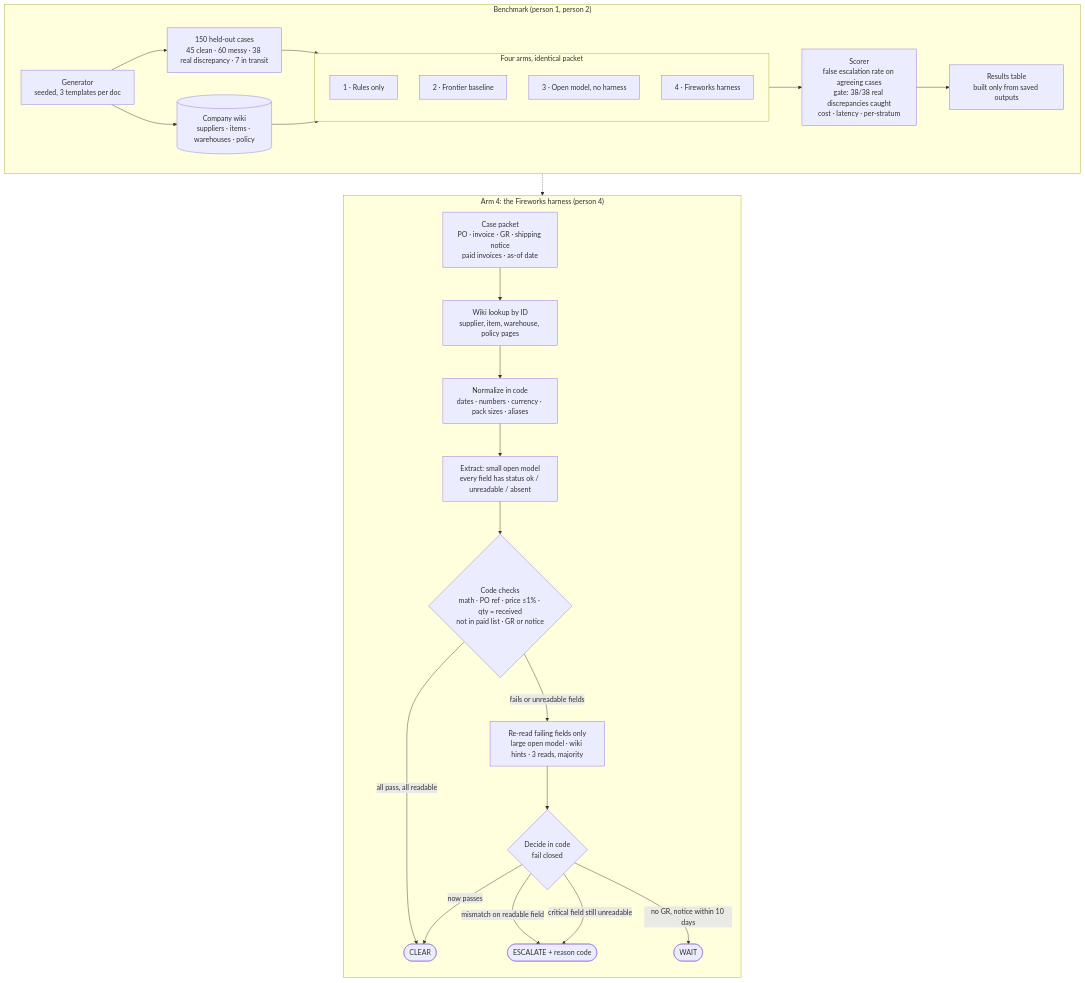
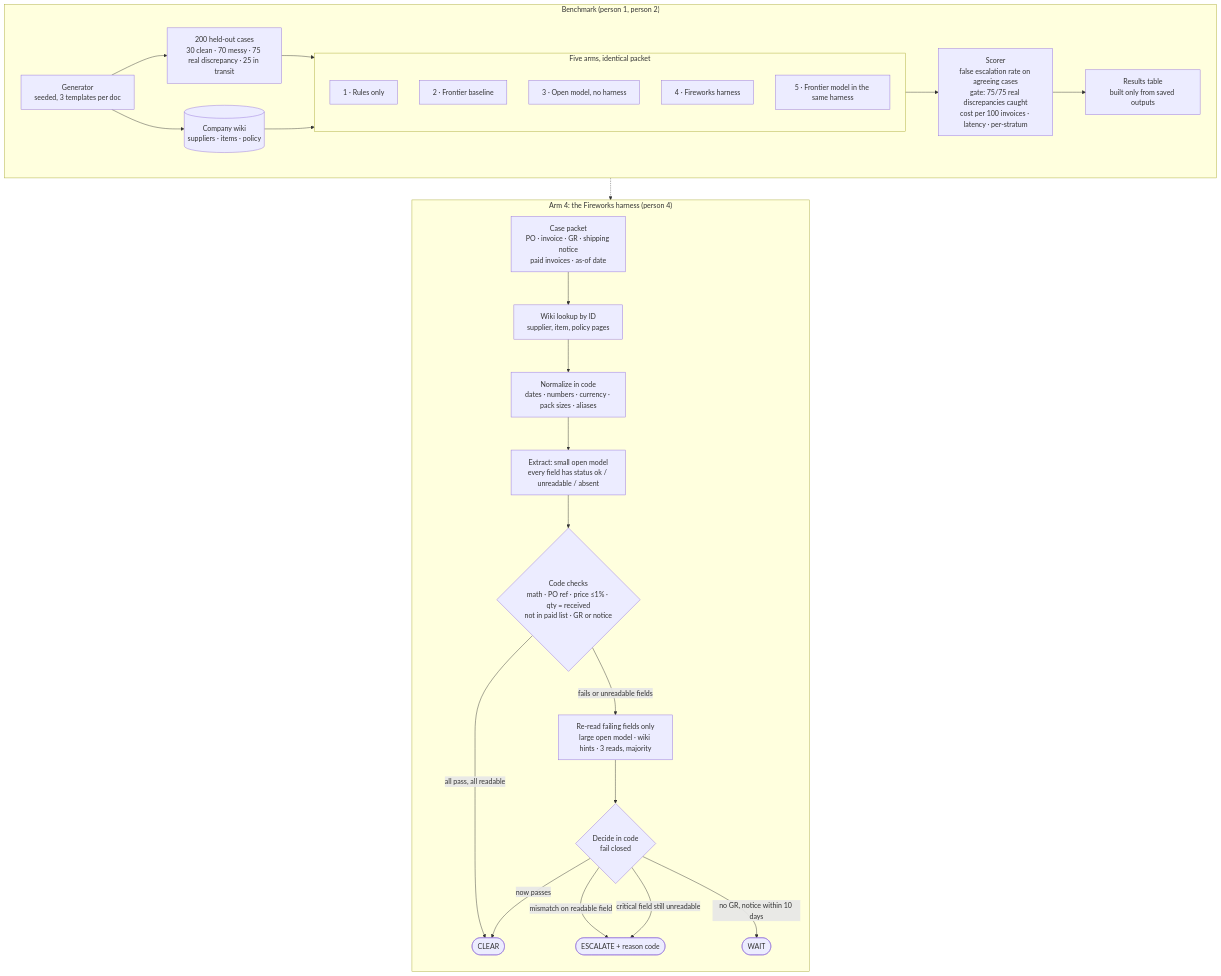
One commit to pakbaz/fireworks-ai-buildathon changed the diagram in docs/plan.md. Above: the diagram before and after it, drawn with Mermaid. The commit also changed other lines of this file and 1 other file, not shown here.

````diff
--- a/docs/plan.md
+++ b/docs/plan.md
@@ -9,36 +9,37 @@
 ```mermaid
 flowchart TB
     subgraph BENCH["Benchmark (person 1, person 2)"]
         direction LR
-        GEN["Generator<br/>seeded, 3 templates per doc"] --> CASES["150 held-out cases<br/>45 clean · 60 messy · 38 real discrepancy · 7 in transit"]
-        GEN --> WIKI[("Company wiki<br/>suppliers · items · warehouses · policy")]
+        GEN["Generator<br/>seeded, 3 templates per doc"] --> CASES["200 held-out cases<br/>30 clean · 70 messy · 75 real discrepancy · 25 in transit"]
+        GEN --> WIKI[("Company wiki<br/>suppliers · items · policy")]
         CASES --> ARMS
         WIKI --> ARMS
-        subgraph ARMS["Four arms, identical packet"]
+        subgraph ARMS["Five arms, identical packet"]
             direction TB
             A1["1 · Rules only"]
             A2["2 · Frontier baseline"]
             A3["3 · Open model, no harness"]
             A4["4 · Fireworks harness"]
+            A5["5 · Frontier model in the same harness"]
         end
-        ARMS --> SCORE["Scorer<br/>false escalation rate on agreeing cases<br/>gate: 38/38 real discrepancies caught<br/>cost · latency · per-stratum"]
+        ARMS --> SCORE["Scorer<br/>false escalation rate on agreeing cases<br/>gate: 75/75 real discrepancies caught<br/>cost per 100 invoices · latency · per-stratum"]
         SCORE --> TABLE["Results table<br/>built only from saved outputs"]
     end
 
     subgraph HARNESS["Arm 4: the Fireworks harness (person 4)"]
         direction TB
-        PKT["Case packet<br/>PO · invoice · GR · shipping notice<br/>paid invoices · as-of date"] --> LOOK["Wiki lookup by ID<br/>supplier, item, warehouse, policy pages"]
+        PKT["Case packet<br/>PO · invoice · GR · shipping notice<br/>paid invoices · as-of date"] --> LOOK["Wiki lookup by ID<br/>supplier, item, policy pages"]
         LOOK --> NORM["Normalize in code<br/>dates · numbers · currency · pack sizes · aliases"]
         NORM --> EXT["Extract: small open model<br/>every field has status ok / unreadable / absent"]
         EXT --> CHK{"Code checks<br/>math · PO ref · price ≤1% · qty = received<br/>not in paid list · GR or notice"}
         CHK -- "all pass, all readable" --> CLEAR([CLEAR])
         CHK -- "fails or unreadable fields" --> RR["Re-read failing fields only<br/>large open model · wiki hints · 3 reads, majority"]
         RR --> DEC{"Decide in code<br/>fail closed"}
         DEC -- "now passes" --> CLEAR
         DEC -- "mismatch on readable field" --> ESC([ESCALATE + reason code])
         DEC -- "critical field still unreadable" --> ESC
         DEC -- "no GR, notice within 10 days" --> WAIT([WAIT])
     end
 
     A4 -.-> PKT
 ```
````
